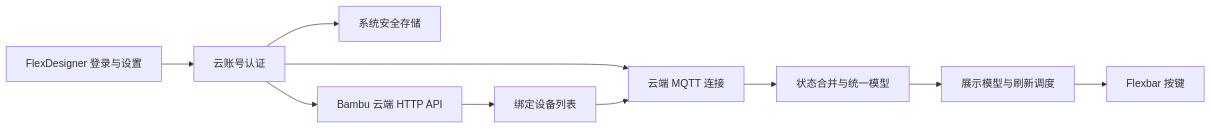
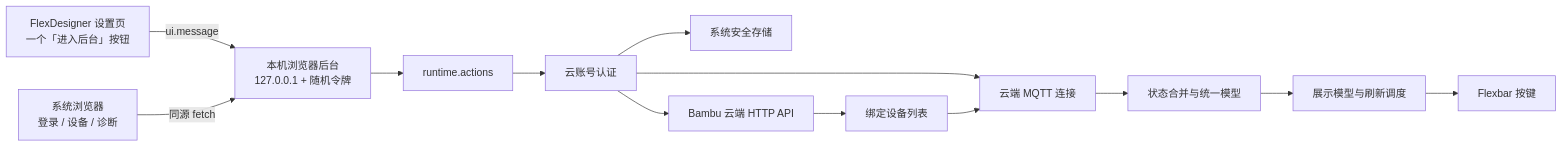
The diagram in docs/云端监控设计方案.md (UpKiry/flexbar-bambu-monitor), drawn with Mermaid before and after one commit. The commit also changed other lines of this file and 41 other files, not shown here.

````diff
--- a/docs/云端监控设计方案.md
+++ b/docs/云端监控设计方案.md
@@ -50,12 +52,15 @@
 ```mermaid
 flowchart LR
-    UI[FlexDesigner 登录与设置] --> Auth[云账号认证]
+    Settings[FlexDesigner 设置页<br/>一个「进入后台」按钮] -->|ui.message| Admin[本机浏览器后台<br/>127.0.0.1 + 随机令牌]
+    Browser[系统浏览器<br/>登录 / 设备 / 诊断] -->|同源 fetch| Admin
+    Admin --> Runtime[runtime.actions]
+    Runtime --> Auth[云账号认证]
     Auth --> Vault[系统安全存储]
     Auth --> API[Bambu 云端 HTTP API]
     API --> Devices[绑定设备列表]
     Auth --> MQTT[云端 MQTT 连接]
     Devices --> MQTT
     MQTT --> State[状态合并与统一模型]
     State --> Presenter[展示模型与刷新调度]
     Presenter --> Flexbar[Flexbar 按键]
 ```
````
